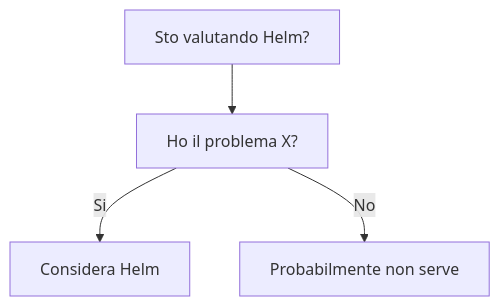
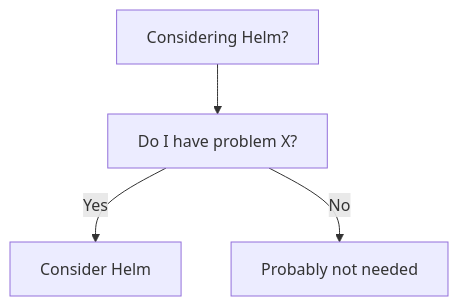
One commit to HxT9/Software-Dev-Wiki changed the diagram in dev-wiki/10_DevOps/Helm/When_To_Use.md. Above: the diagram before and after it, drawn with Mermaid. The commit also changed other lines of this file and 3444 other files, not shown here.

````diff
--- a/dev-wiki/10_DevOps/Helm/When_To_Use.md
+++ b/dev-wiki/10_DevOps/Helm/When_To_Use.md
@@ -19,6 +19,6 @@
 ```mermaid
 flowchart TD
-  Q[Sto valutando Helm?] --> Q1[Ho il problema X?]
-  Q1 -->|Si| OK[Considera Helm]
-  Q1 -->|No| NO[Probabilmente non serve]
+  Q[Considering Helm?] --> Q1[Do I have problem X?]
+  Q1 -->|Yes| OK[Consider Helm]
+  Q1 -->|No| NO[Probably not needed]
 ```
````
